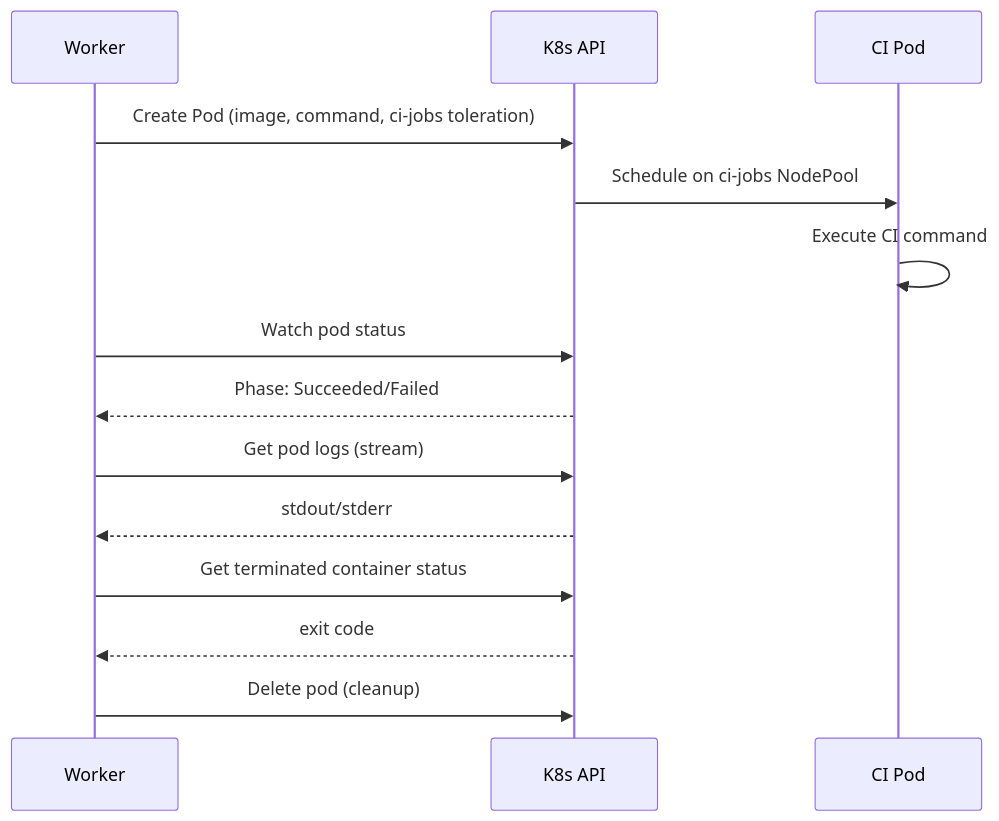
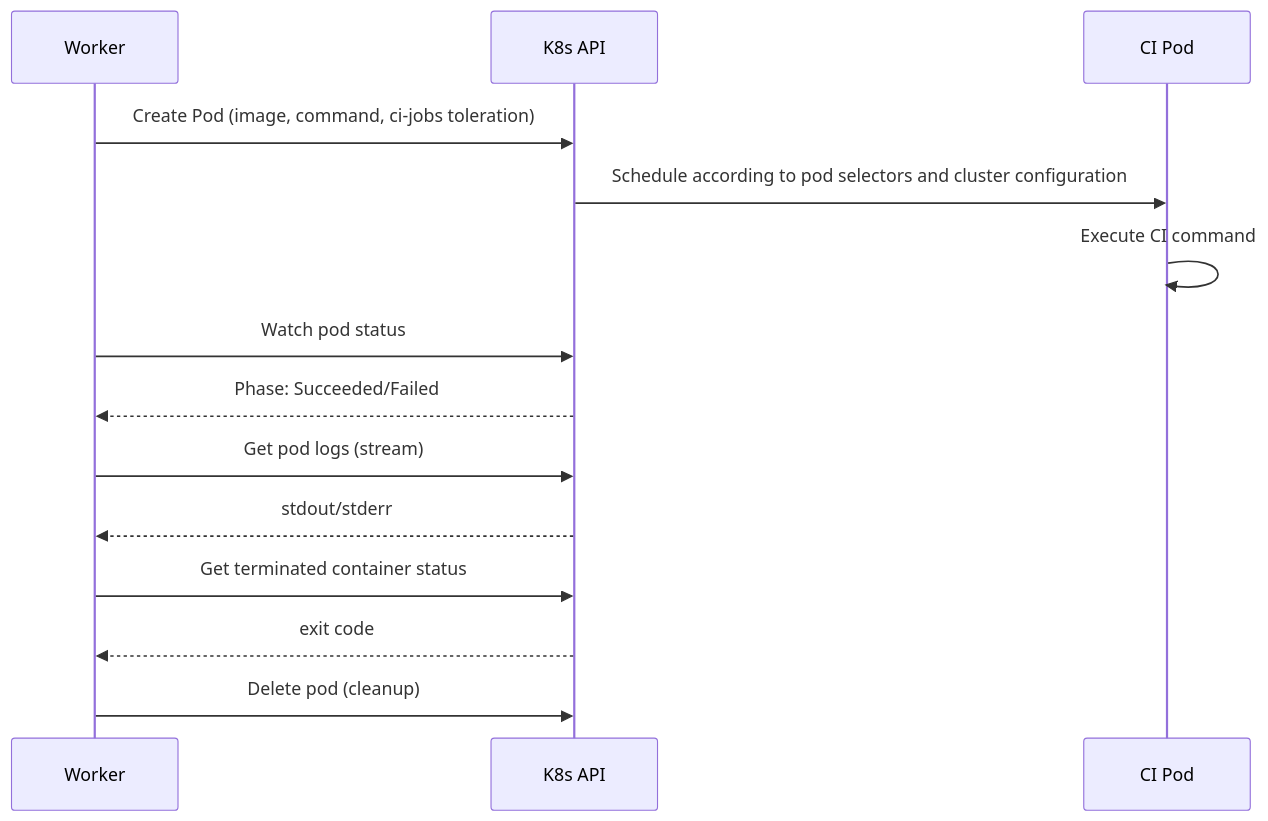
Before and after one commit to AndreKurait/TemporalCI: the third of 5 diagrams in docs/architecture.md, drawn with Mermaid. The commit also changed other lines of this file and 62 other files, not shown here.

````diff
--- a/docs/architecture.md
+++ b/docs/architecture.md
@@ -54,17 +54,17 @@
 ```mermaid
 sequenceDiagram
     participant W as Worker
     participant K as K8s API
     participant P as CI Pod
 
     W->>K: Create Pod (image, command, ci-jobs toleration)
-    K->>P: Schedule on ci-jobs NodePool
+    K->>P: Schedule according to pod selectors and cluster configuration
     P->>P: Execute CI command
     W->>K: Watch pod status
     K-->>W: Phase: Succeeded/Failed
     W->>K: Get pod logs (stream)
     K-->>W: stdout/stderr
     W->>K: Get terminated container status
     K-->>W: exit code
     W->>K: Delete pod (cleanup)
 ```
````
